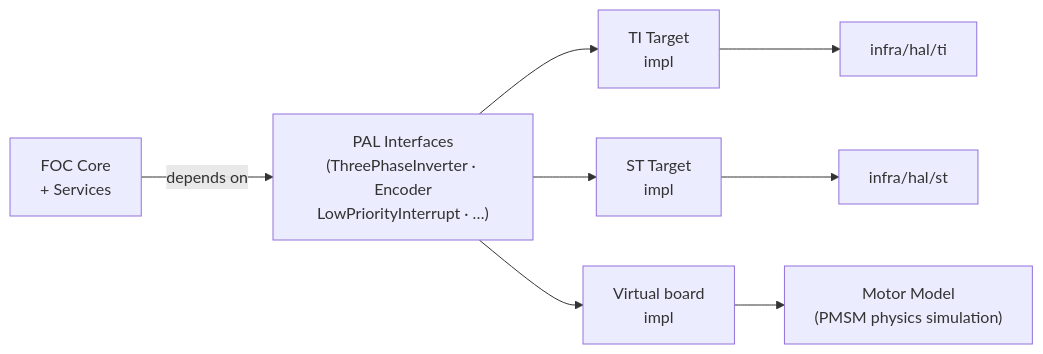
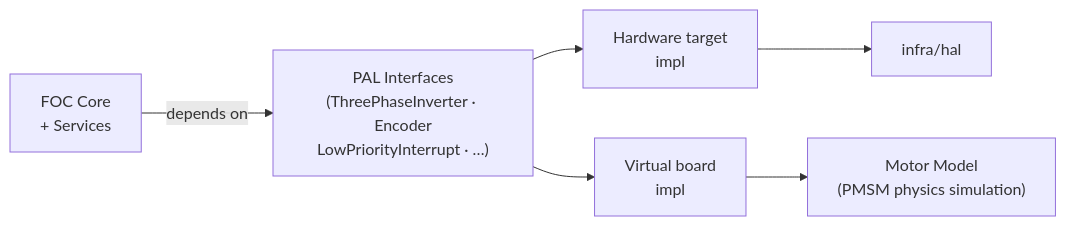
The third of 7 diagrams in documentation/architecture/system.md (embedded-pro/e-foc), drawn with Mermaid before and after one commit. The commit also changed other lines of this file and 79 other files, not shown here.

````diff
--- a/documentation/architecture/system.md
+++ b/documentation/architecture/system.md
@@ -293,10 +288,8 @@
 ```mermaid
 graph LR
     FOC_CORE["FOC Core\n+ Services"] -->|depends on| PAL_IF["PAL Interfaces\n(ThreePhaseInverter · Encoder\nLowPriorityInterrupt · …)"]
-    PAL_IF --> TI["TI Target\nimpl"]
-    PAL_IF --> ST["ST Target\nimpl"]
+    PAL_IF --> HW["Hardware target\nimpl"]
     PAL_IF --> HOST["Virtual board\nimpl"]
-    TI --> HAL_TI["infra/hal/ti"]
-    ST --> HAL_ST["infra/hal/st"]
+    HW --> HAL["infra/hal"]
     HOST --> SIM_MODEL["Motor Model\n(PMSM physics simulation)"]
 ```
````
